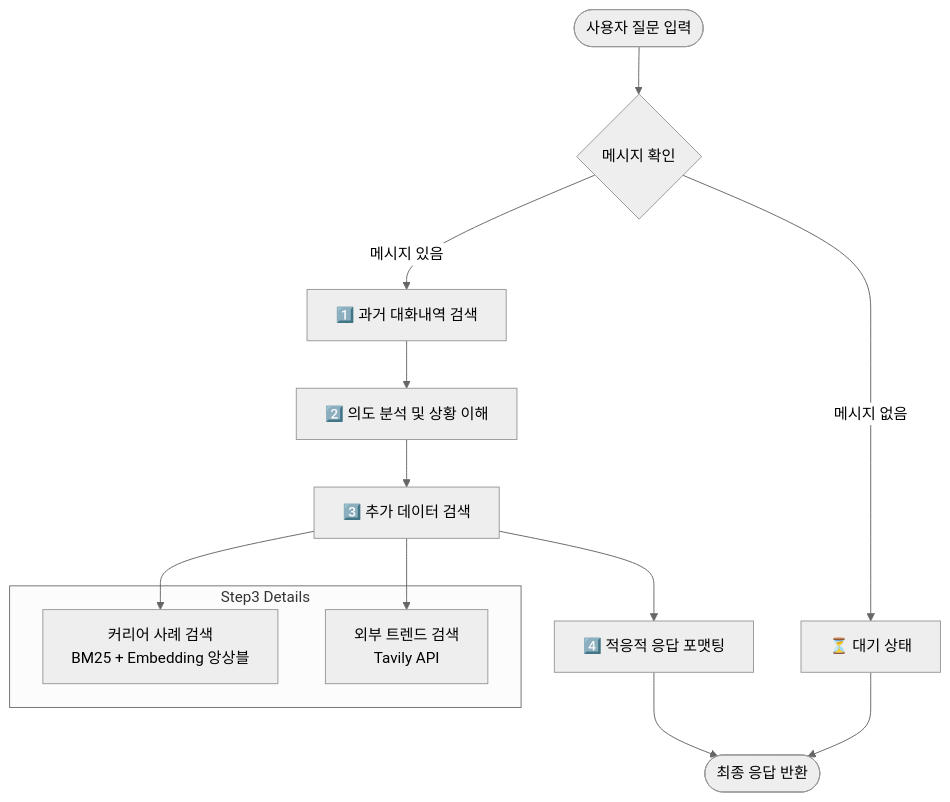
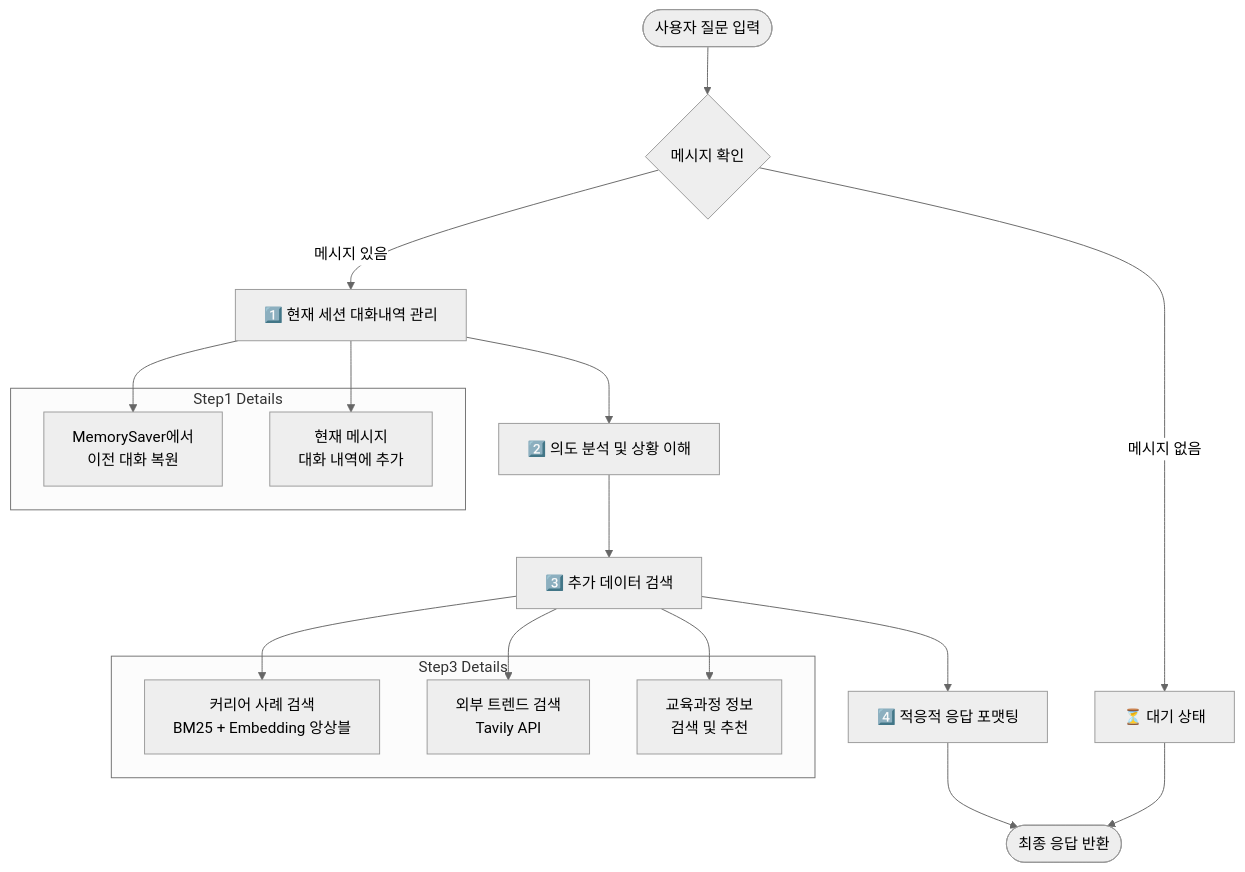
One commit to SK4toB/g-navi-ai-api changed the second of 3 diagrams in README.md. Above: the diagram before and after it, drawn with Mermaid (neutral theme). The commit also changed other lines of this file, not shown here.

````diff
--- a/README.md
+++ b/README.md
@@ -80,20 +81,29 @@
 ```mermaid
 flowchart TD
     Start([사용자 질문 입력]) --> Check{메시지 확인}
-    Check -->|메시지 있음| Step1[1️⃣ 과거 대화내역 검색]
+    Check -->|메시지 있음| Step1[1️⃣ 현재 세션 대화내역 관리]
     Check -->|메시지 없음| Wait[⏳ 대기 상태]
     
     Step1 --> Step2[2️⃣ 의도 분석 및 상황 이해]
     Step2 --> Step3[3️⃣ 추가 데이터 검색]
     Step3 --> Step4[4️⃣ 적응적 응답 포맷팅]
     Step4 --> End([최종 응답 반환])
     Wait --> End
     
+    subgraph "Step1 Details"
+        Step1A[MemorySaver에서<br/>이전 대화 복원]
+        Step1B[현재 메시지<br/>대화 내역에 추가]
+    end
+    
     subgraph "Step3 Details"
         Step3A[커리어 사례 검색<br/>BM25 + Embedding 앙상블]
         Step3B[외부 트렌드 검색<br/>Tavily API]
+        Step3C[교육과정 정보<br/>검색 및 추천]
     end
     
+    Step1 --> Step1A
+    Step1 --> Step1B
     Step3 --> Step3A
     Step3 --> Step3B
+    Step3 --> Step3C
 ```
````
